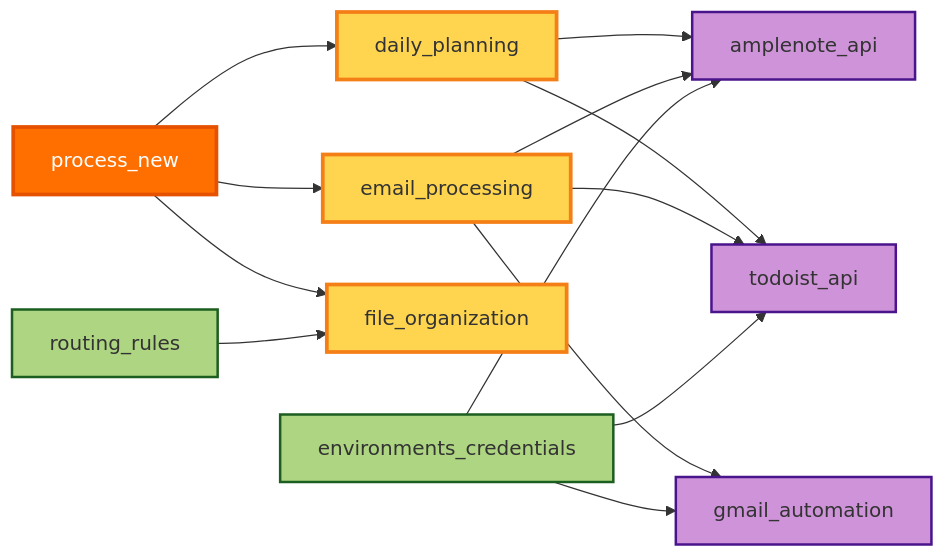
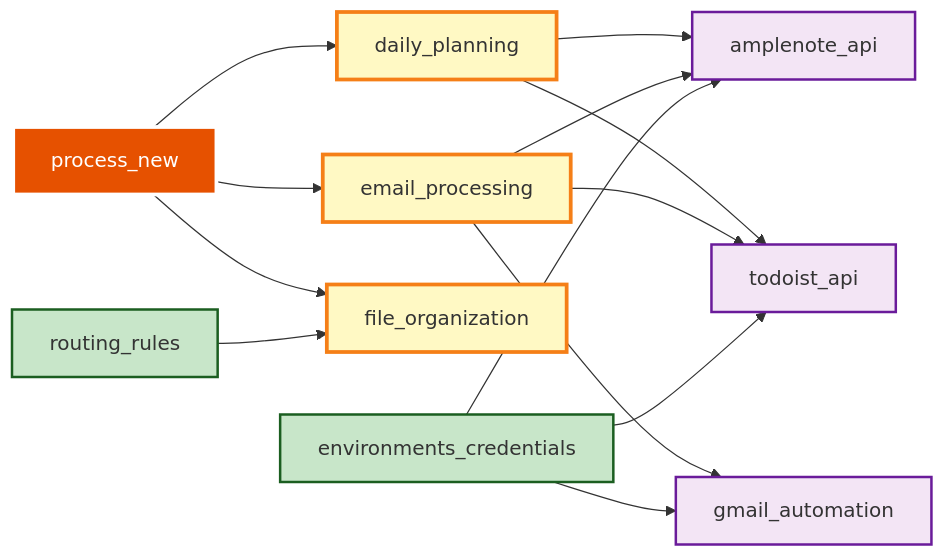
Before and after one commit to adourish/skills: the second of 7 diagrams in SKILLS_DIAGRAM.md, drawn with Mermaid. The commit also changed other lines of this file and 124 other files, not shown here.

First line of the commit message:
Add 4 new skills with comprehensive mermaid diagrams and update diagrams

````diff
--- a/SKILLS_DIAGRAM.md
+++ b/SKILLS_DIAGRAM.md
@@ -111,46 +111,46 @@
 ```mermaid
 flowchart LR
     %% Core Daily Workflow
     DP[daily_planning]
     EP[email_processing]
     FO[file_organization]
     
     %% Integrations Used
     AMP[amplenote_api]
     TODO[todoist_api]
     GMAIL[gmail_automation]
     
     %% System Skills
     RR[routing_rules]
     EC[environments_credentials]
     PN[process_new]
     
     %% Workflow Connections
     PN --> DP
     PN --> EP
     PN --> FO
     
     DP --> AMP
     DP --> TODO
     EP --> GMAIL
     EP --> AMP
     EP --> TODO
     
     RR --> FO
     EC --> AMP
     EC --> TODO
     EC --> GMAIL
     
     %% Styling
-    style DP fill:#ffd54f,stroke:#f57f17,stroke-width:3px
-    style EP fill:#ffd54f,stroke:#f57f17,stroke-width:3px
-    style FO fill:#ffd54f,stroke:#f57f17,stroke-width:3px
-    style PN fill:#ff6f00,stroke:#e65100,stroke-width:3px,color:#fff
+    style DP fill:#fff9c4,stroke:#f57f17,stroke-width:3px
+    style EP fill:#fff9c4,stroke:#f57f17,stroke-width:3px
+    style FO fill:#fff9c4,stroke:#f57f17,stroke-width:3px
+    style PN fill:#e65100,stroke:#ffffff,stroke-width:3px,color:#fff
     
-    style AMP fill:#ce93d8,stroke:#4a148c,stroke-width:2px
-    style TODO fill:#ce93d8,stroke:#4a148c,stroke-width:2px
-    style GMAIL fill:#ce93d8,stroke:#4a148c,stroke-width:2px
+    style AMP fill:#f3e5f5,stroke:#6a1b9a,stroke-width:2px
+    style TODO fill:#f3e5f5,stroke:#6a1b9a,stroke-width:2px
+    style GMAIL fill:#f3e5f5,stroke:#6a1b9a,stroke-width:2px
     
-    style RR fill:#aed581,stroke:#1b5e20,stroke-width:2px
-    style EC fill:#aed581,stroke:#1b5e20,stroke-width:2px
+    style RR fill:#c8e6c9,stroke:#1b5e20,stroke-width:2px
+    style EC fill:#c8e6c9,stroke:#1b5e20,stroke-width:2px
 ```
````
